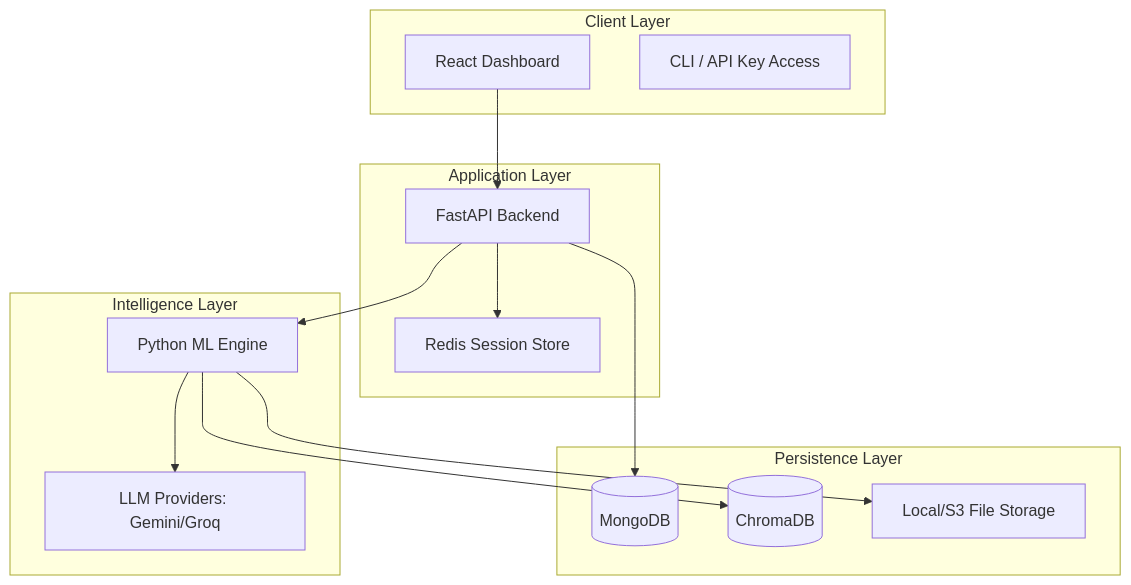
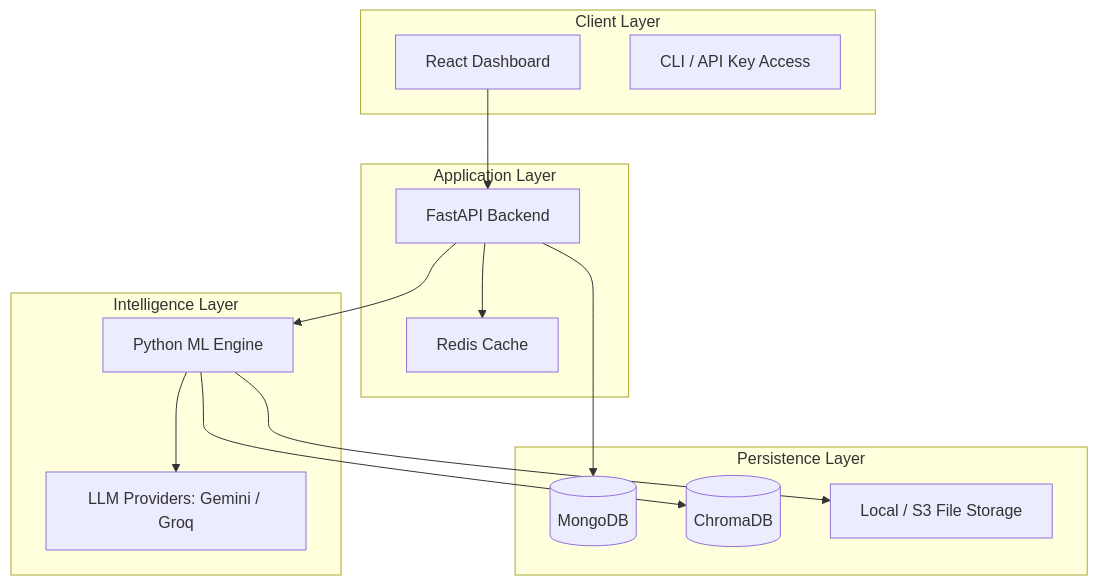
Before and after one commit to OrionGD/Academic-Research-Assistant: the first of 2 diagrams in Docs/README.md, drawn with Mermaid. The commit also changed other lines of this file, not shown here.

````diff
--- a/Docs/README.md
+++ b/Docs/README.md
@@ -148,31 +212,31 @@
 ```mermaid
 graph TB
     subgraph "Client Layer"
         UI[React Dashboard]
         API_Key[CLI / API Key Access]
     end
-    
+
     subgraph "Application Layer"
         GW[FastAPI Backend]
-        Session[Redis Session Store]
+        Cache[Redis Cache]
     end
-    
+
     subgraph "Intelligence Layer"
         ML[Python ML Engine]
-        LLM[LLM Providers: Gemini/Groq]
+        LLM[LLM Providers: Gemini / Groq]
     end
-    
+
     subgraph "Persistence Layer"
         DB[(MongoDB)]
         VDB[(ChromaDB)]
-        Bucket[Local/S3 File Storage]
+        Bucket[Local / S3 File Storage]
     end
-    
+
     UI --> GW
-    GW --> Session
+    GW --> Cache
     GW --> ML
     GW --> DB
     ML --> VDB
     ML --> LLM
     ML --> Bucket
 ```
````
